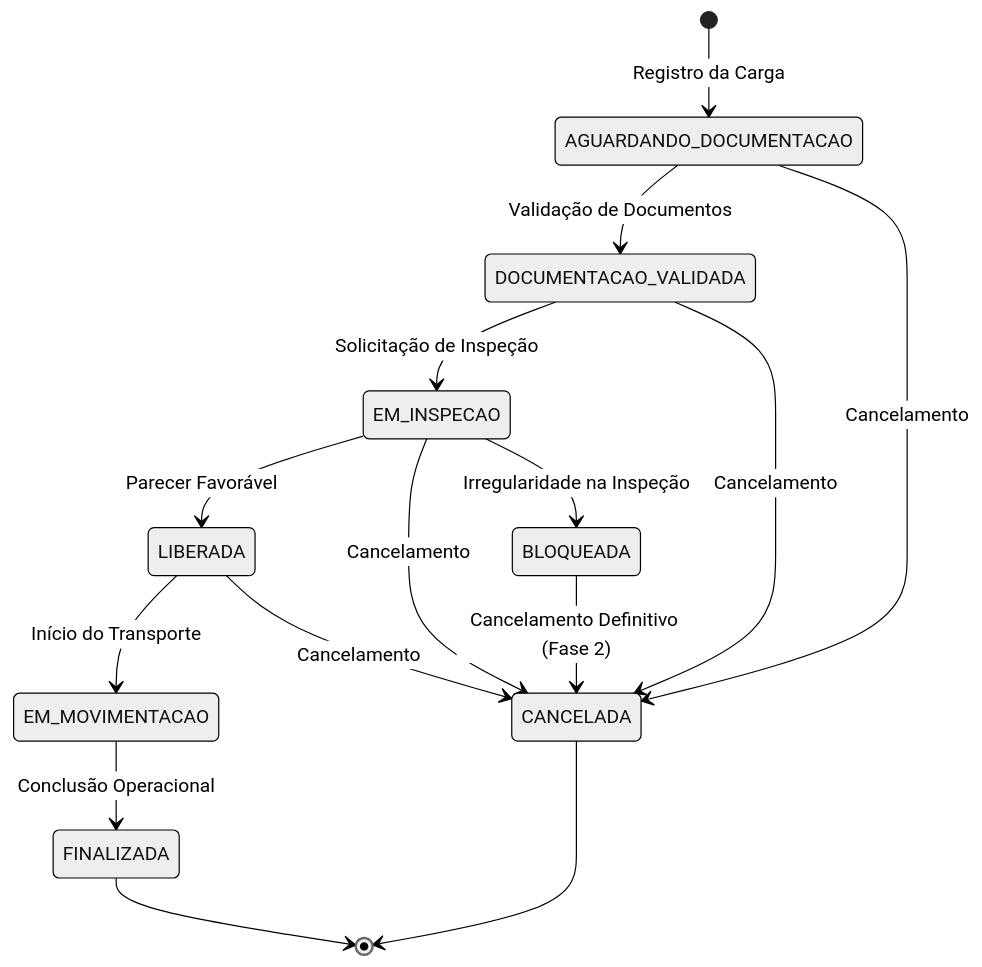
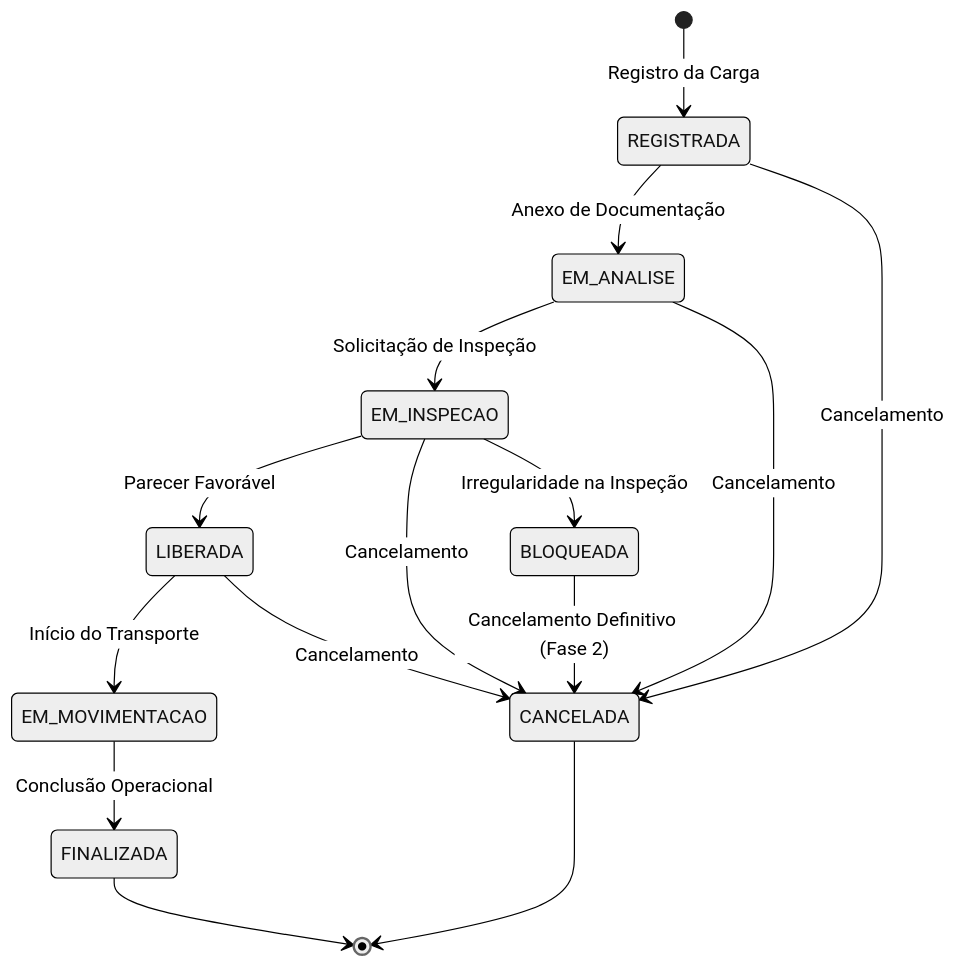
One commit to gabrixlzdev/QuimiPort changed the diagram in docs/1_dominio.md. Above: the diagram before and after it, drawn with Mermaid (neutral theme). The commit also changed other lines of this file and 11 other files, not shown here.

````diff
--- a/docs/1_dominio.md
+++ b/docs/1_dominio.md
@@ -112,24 +112,24 @@
 ```mermaid
 stateDiagram-v2
-    [*] --> AGUARDANDO_DOCUMENTACAO: Registro da Carga
+    [*] --> REGISTRADA: Registro da Carga
 
-    AGUARDANDO_DOCUMENTACAO --> DOCUMENTACAO_VALIDADA: Validação de Documentos
-    AGUARDANDO_DOCUMENTACAO --> CANCELADA: Cancelamento
+    REGISTRADA --> EM_ANALISE: Anexo de Documentação
+    REGISTRADA --> CANCELADA: Cancelamento
 
-    DOCUMENTACAO_VALIDADA --> EM_INSPECAO: Solicitação de Inspeção
-    DOCUMENTACAO_VALIDADA --> CANCELADA: Cancelamento
+    EM_ANALISE --> EM_INSPECAO: Solicitação de Inspeção
+    EM_ANALISE --> CANCELADA: Cancelamento
 
     EM_INSPECAO --> LIBERADA: Parecer Favorável
     EM_INSPECAO --> CANCELADA: Cancelamento
     EM_INSPECAO --> BLOQUEADA: Irregularidade na Inspeção
 
     LIBERADA --> EM_MOVIMENTACAO: Início do Transporte
     LIBERADA --> CANCELADA: Cancelamento
 
     EM_MOVIMENTACAO --> FINALIZADA: Conclusão Operacional
 
     BLOQUEADA --> CANCELADA: Cancelamento Definitivo (Fase 2)
 
     FINALIZADA --> [*]
     CANCELADA --> [*]
 ```
````
